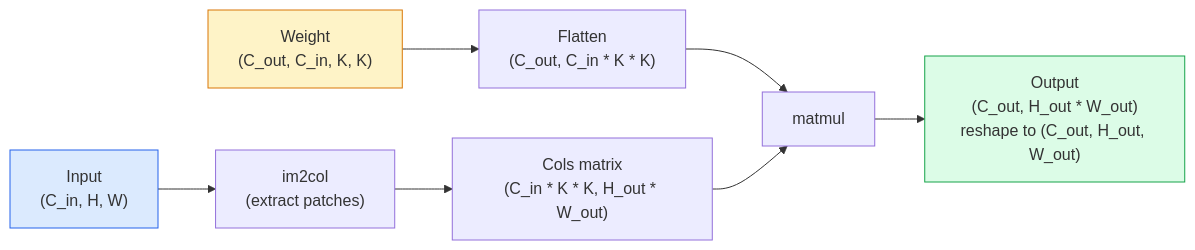
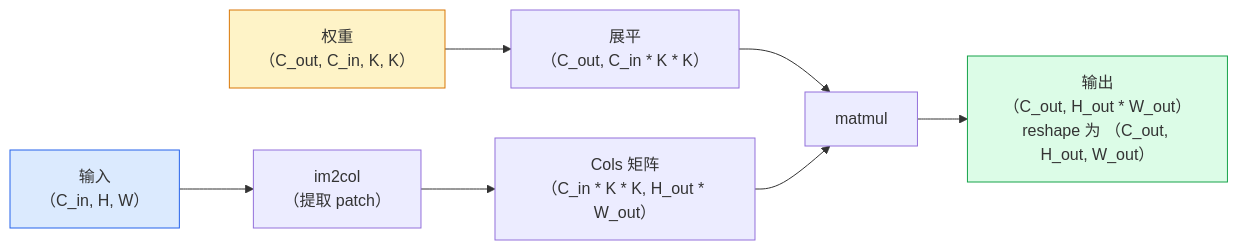
One commit to JerryC8080/ai-engineering-from-scratch-zh changed the second of 2 diagrams in phases/04-computer-vision/02-convolutions-from-scratch/docs/zh.md. Above: the diagram before and after it, drawn with Mermaid. The commit also changed other lines of this file and 156 other files, not shown here.

First line of the commit message:
i18n(zh): translate mermaid diagram labels in 157 lesson zh.md

````diff
--- a/phases/04-computer-vision/02-convolutions-from-scratch/docs/zh.md
+++ b/phases/04-computer-vision/02-convolutions-from-scratch/docs/zh.md
@@ -157,13 +157,13 @@
 ```mermaid
 flowchart LR
-    X["Input<br/>(C_in, H, W)"] --> IM2COL["im2col<br/>(extract patches)"]
-    IM2COL --> COLS["Cols matrix<br/>(C_in * K * K, H_out * W_out)"]
-    W["Weight<br/>(C_out, C_in, K, K)"] --> FLAT["Flatten<br/>(C_out, C_in * K * K)"]
+    X["输入<br/>（C_in, H, W）"] --> IM2COL["im2col<br/>（提取 patch）"]
+    IM2COL --> COLS["Cols 矩阵<br/>（C_in * K * K, H_out * W_out）"]
+    W["权重<br/>（C_out, C_in, K, K）"] --> FLAT["展平<br/>（C_out, C_in * K * K）"]
     FLAT --> MM["matmul"]
     COLS --> MM
-    MM --> OUT["Output<br/>(C_out, H_out * W_out)<br/>reshape to (C_out, H_out, W_out)"]
+    MM --> OUT["输出<br/>（C_out, H_out * W_out）<br/>reshape 为 （C_out, H_out, W_out）"]
 
     style X fill:#dbeafe,stroke:#2563eb
     style W fill:#fef3c7,stroke:#d97706
     style OUT fill:#dcfce7,stroke:#16a34a
 ```
````
